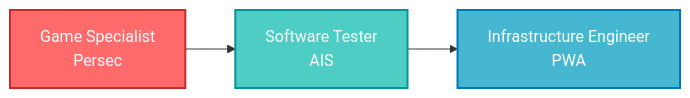
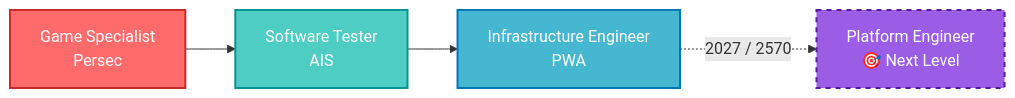
Before and after one commit to bom-sudo/bom-sudo: the first of 2 diagrams in README.md, drawn with Mermaid. The commit also changed other lines of this file, not shown here.

````diff
--- a/README.md
+++ b/README.md
@@ -103,9 +121,11 @@
 ```mermaid
 graph LR
     A[Game Specialist<br/>Persec] --> B[Software Tester<br/>AIS]
     B --> C[Infrastructure Engineer<br/>PWA]
-    
+    C -.->|2027 / 2570| D[Platform Engineer<br/>🎯 Next Level]
+
     style A fill:#ff6b6b,stroke:#c92a2a,stroke-width:2px,color:#fff
     style B fill:#4ecdc4,stroke:#0a9396,stroke-width:2px,color:#fff
     style C fill:#45b7d1,stroke:#0077b6,stroke-width:2px,color:#fff
+    style D fill:#9b5de5,stroke:#5a189a,stroke-width:2px,color:#fff,stroke-dasharray: 5 5
 ```
````
